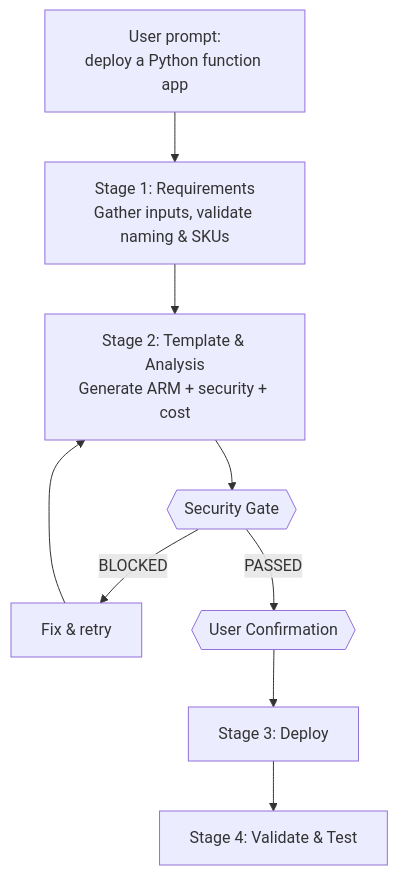
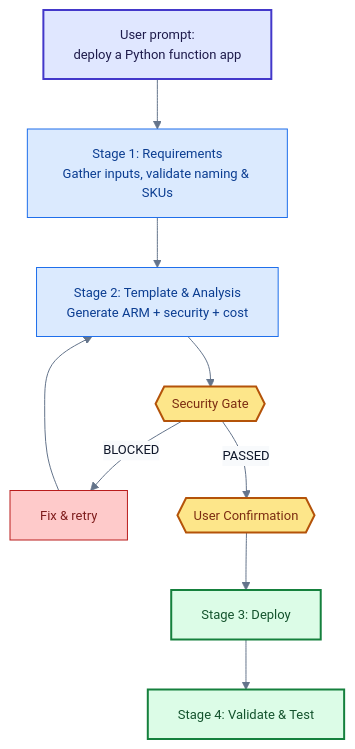
Before and after one commit to Azure/git-ape: the diagram in website/docs/intro.md, drawn with Mermaid. The commit also changed 1 other file, not shown here.

Commit message:
docs(website): sync installation page and theme intro deployment flow
- installation.md: replace minimal install instructions with the three
  options from README (VS Code agent plugin / Copilot CLI / local dev),
  matching the README so the public site mirrors the canonical install
  guidance.
- intro.md: apply themed mermaid styling (matching README and onboarding
  diagrams) to the Stage 1-4 deployment flow with class-based colouring
  for user / stage / gate / fix / deploy nodes.

````diff
--- a/website/docs/intro.md
+++ b/website/docs/intro.md
@@ -27,18 +27,31 @@
 ```mermaid
+%%{init: {'theme':'base','themeVariables':{'fontSize':'13px','lineColor':'#64748b','textColor':'#1e293b','primaryTextColor':'#0f172a','edgeLabelBackground':'#f8fafc','tertiaryColor':'#f1f5f9'}}}%%
 graph TD
     U["User prompt:<br/>deploy a Python function app"]
     U --> S1
     S1["Stage 1: Requirements<br/>Gather inputs, validate naming & SKUs"]
     S1 --> S2
     S2["Stage 2: Template & Analysis<br/>Generate ARM + security + cost"]
     S2 --> GATE
     GATE{{"Security Gate"}}
     GATE -- "BLOCKED" --> FIX["Fix & retry"]
     FIX --> S2
     GATE -- "PASSED" --> CONFIRM
     CONFIRM{{"User Confirmation"}}
     CONFIRM --> S3
     S3["Stage 3: Deploy"]
     S3 --> S4
     S4["Stage 4: Validate & Test"]
+
+    classDef user fill:#e0e7ff,stroke:#4338ca,stroke-width:2px,color:#1e1b4b
+    classDef stage fill:#dbeafe,stroke:#1f6feb,stroke-width:1px,color:#0b3d91
+    classDef gate fill:#fde68a,stroke:#b45309,stroke-width:2px,color:#7c2d12
+    classDef fix fill:#fecaca,stroke:#b91c1c,stroke-width:1px,color:#7f1d1d
+    classDef deploy fill:#dcfce7,stroke:#15803d,stroke-width:2px,color:#14532d
+
+    class U user
+    class S1,S2 stage
+    class GATE,CONFIRM gate
+    class FIX fix
+    class S3,S4 deploy
 ```
````
